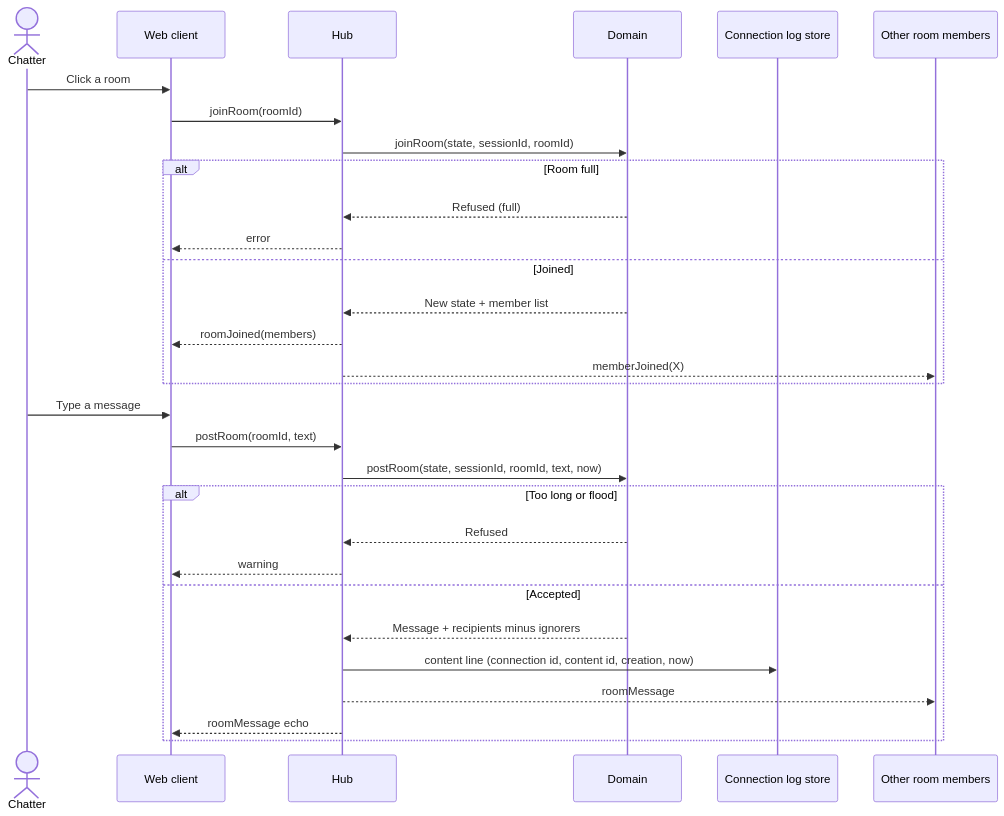
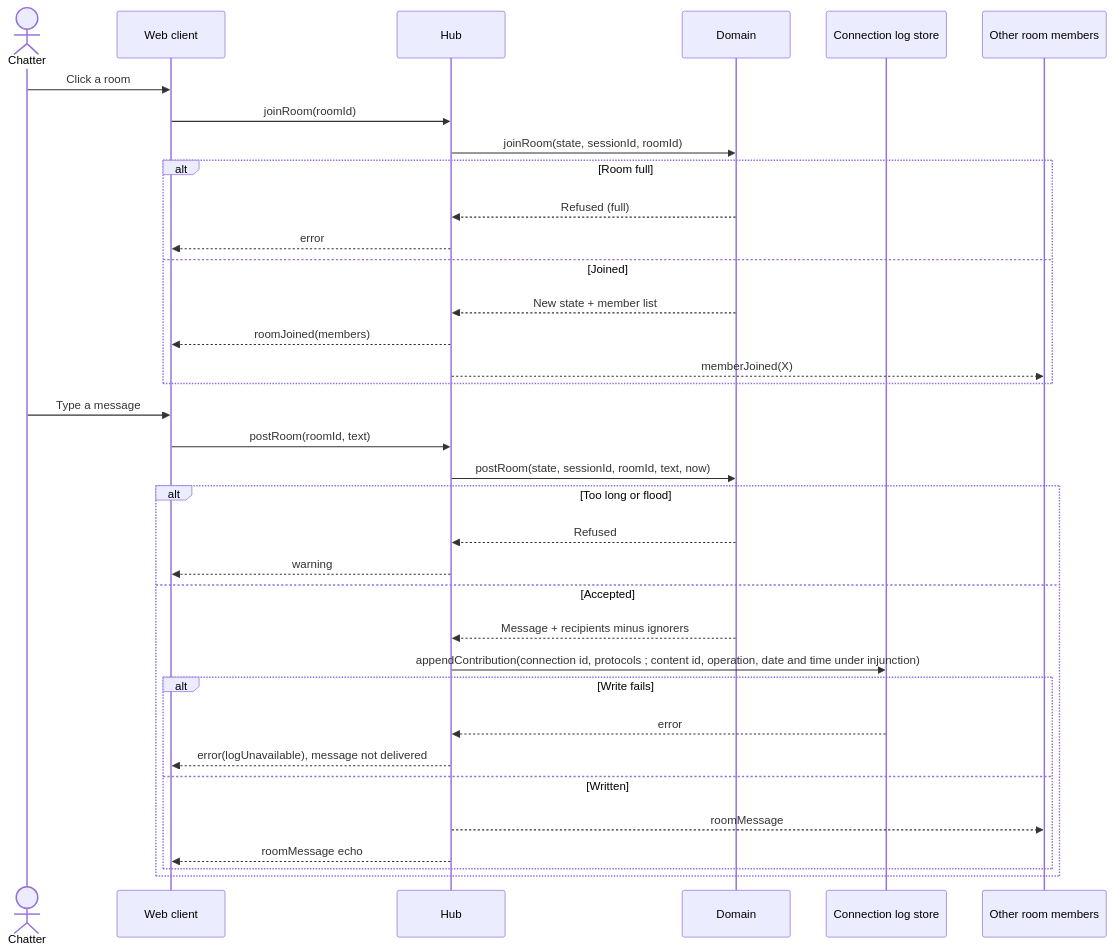
The diagram in docs/architecture/diagrams/rooms/02-sequence-join-and-post.md (benoit-bremaud/asv), drawn with Mermaid before and after one commit. The commit also changed other lines of this file and 21 other files, not shown here.

First line of the commit message:
docs(legal): align BR-060 with decree arts. 5 and 6, one log line per socket

````diff
--- a/docs/architecture/diagrams/rooms/02-sequence-join-and-post.md
+++ b/docs/architecture/diagrams/rooms/02-sequence-join-and-post.md
@@ -15,32 +15,37 @@
 ```mermaid
 sequenceDiagram
   actor C as Chatter
   participant W as Web client
   participant H as Hub
   participant D as Domain
   participant L as Connection log store
   participant O as Other room members
   C->>W: Click a room
   W->>H: joinRoom(roomId)
   H->>D: joinRoom(state, sessionId, roomId)
   alt Room full
     D-->>H: Refused (full)
     H-->>W: error
   else Joined
     D-->>H: New state + member list
     H-->>W: roomJoined(members)
     H-->>O: memberJoined(X)
   end
   C->>W: Type a message
   W->>H: postRoom(roomId, text)
   H->>D: postRoom(state, sessionId, roomId, text, now)
   alt Too long or flood
     D-->>H: Refused
     H-->>W: warning
   else Accepted
     D-->>H: Message + recipients minus ignorers
-    H->>L: content line (connection id, content id, creation, now)
-    H-->>O: roomMessage
-    H-->>W: roomMessage echo
+    H->>L: appendContribution(connection id, protocols #59; content id, operation, date and time under injunction)
+    alt Write fails
+      L-->>H: error
+      H-->>W: error(logUnavailable), message not delivered
+    else Written
+      H-->>O: roomMessage
+      H-->>W: roomMessage echo
+    end
   end
 ```
````
